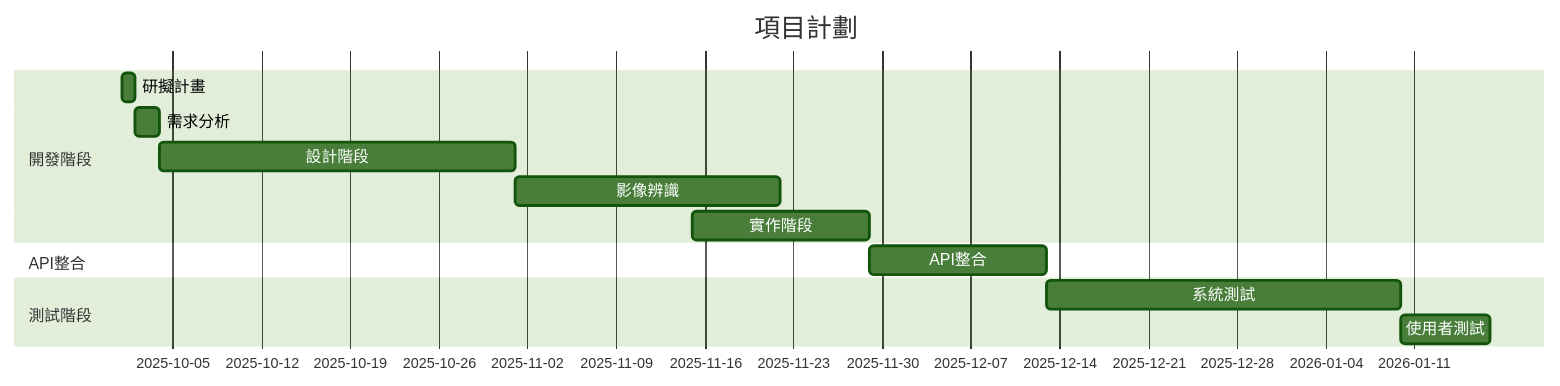
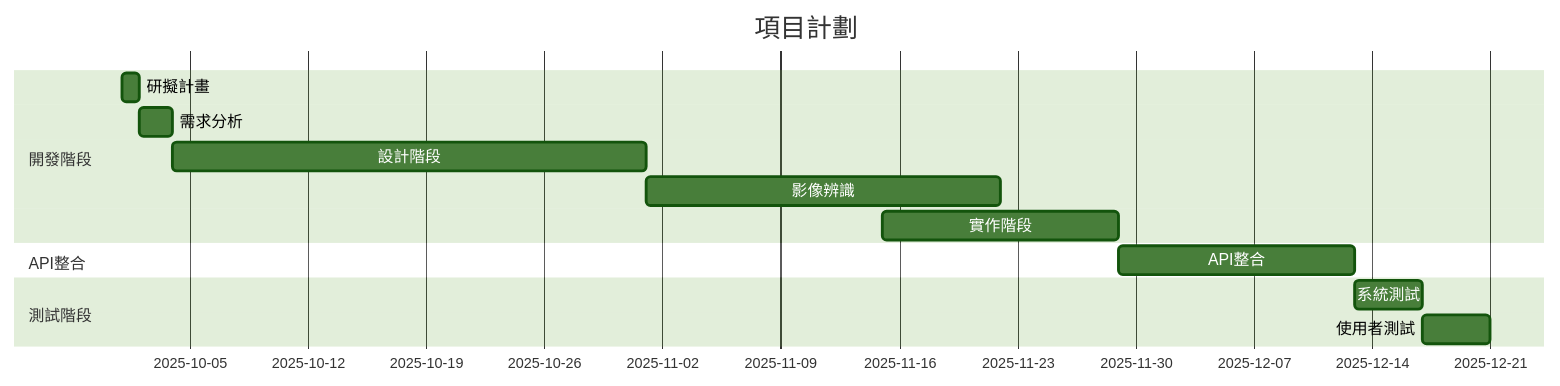
The diagram in 小組作業2.md (kyw012/team-project), drawn with Mermaid (forest theme) before and after one commit. The commit also changed other lines of this file, not shown here.

````diff
--- a/小組作業2.md
+++ b/小組作業2.md
@@ -15,20 +15,20 @@
 ```mermaid
 gantt
     title 項目計劃
     dateFormat  YYYY-MM-DD
     section 開發階段
     研擬計畫         :2025-10-01, 1d
     需求分析         :2025-10-02, 2d
     設計階段         :2025-10-04, 28d
     影像辨識         :2025-11-01, 21d
     實作階段         :2025-11-15, 14d
     section API整合
     API整合         :2025-11-29, 14d
     section 測試階段
-    系統測試           :2025-12-13, 28d
-    使用者測試         :2026-01-10, 7d
+    系統測試           :2025-12-13, 4d
+    使用者測試         :2025-12-17, 4d
     
 
 
 
 ```
````
